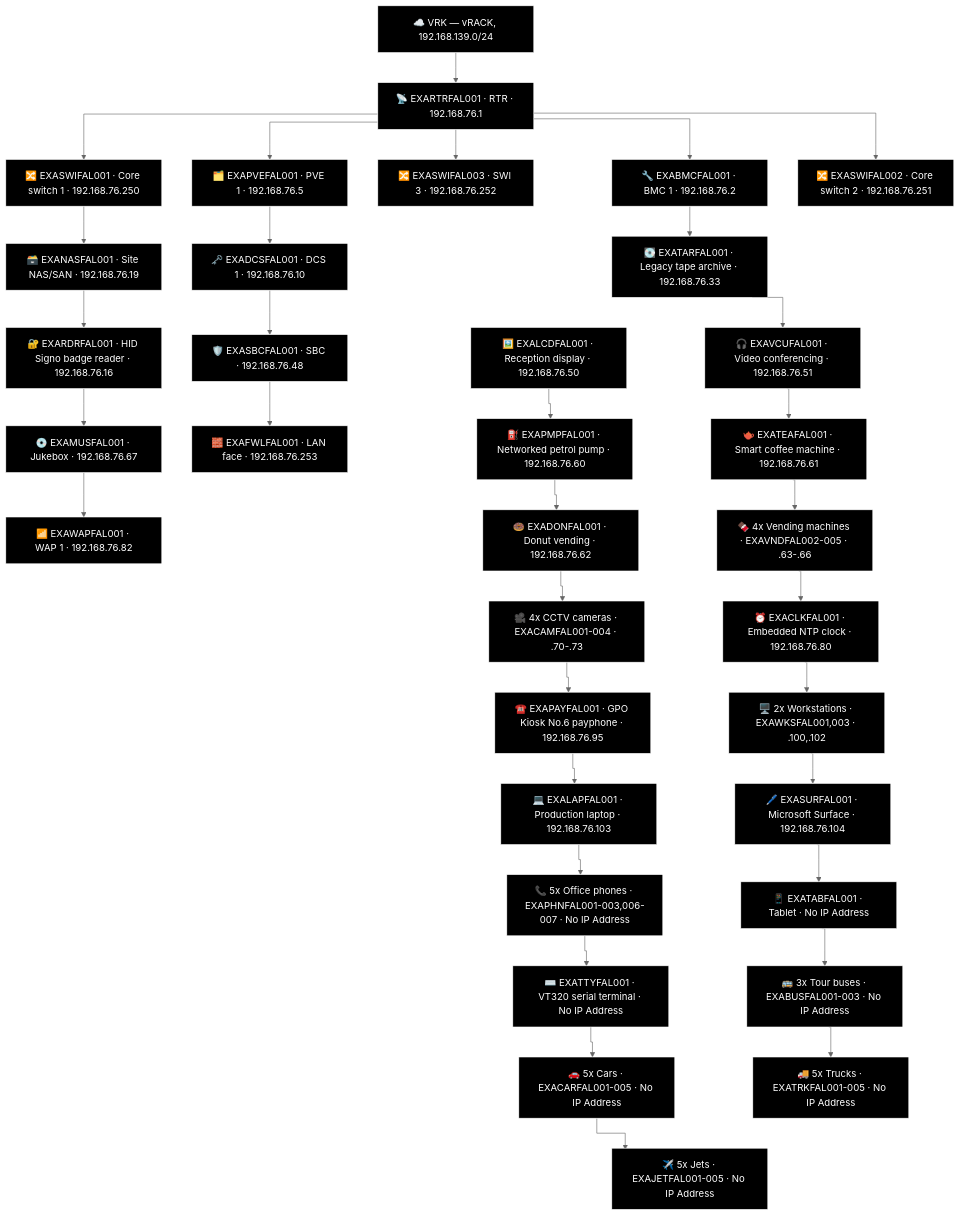
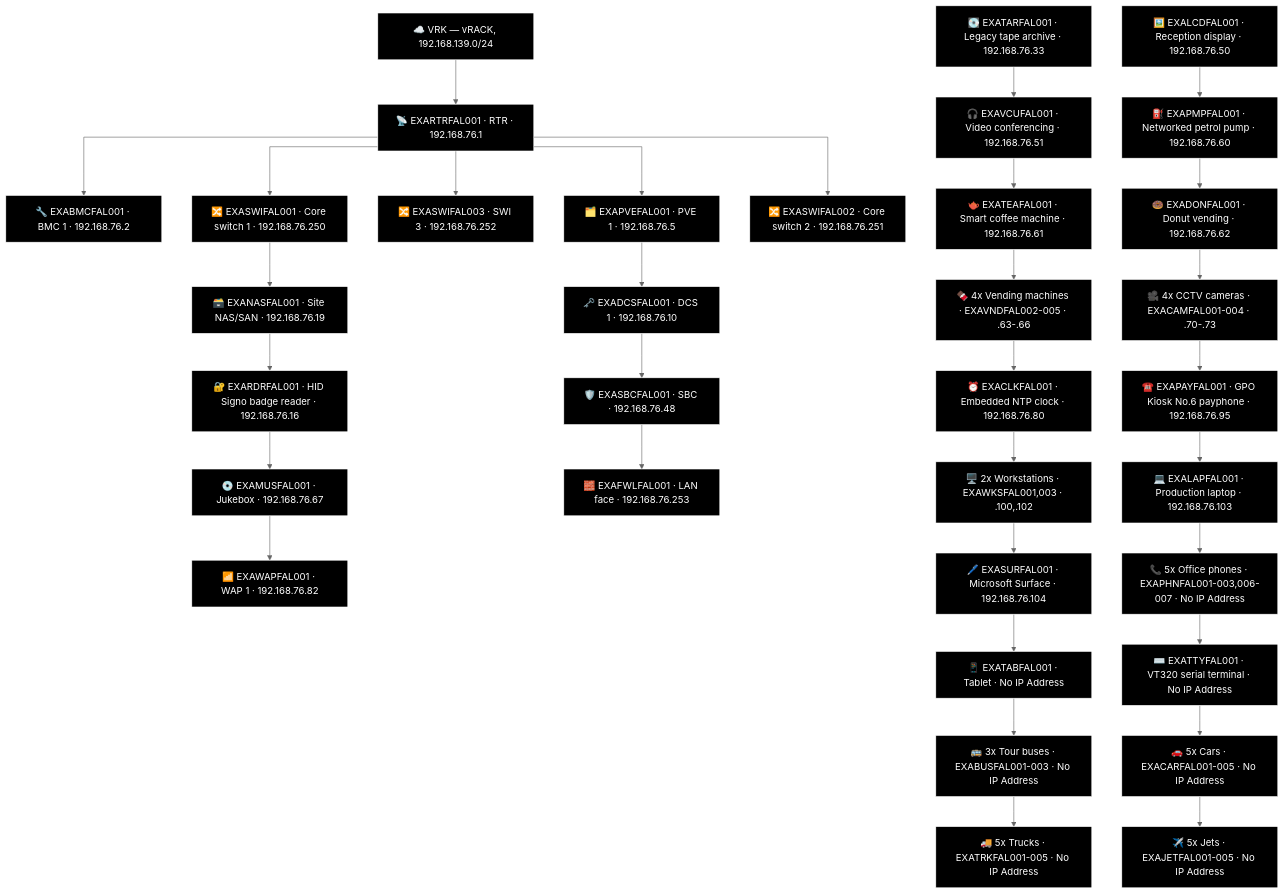
One commit to knightmare2600/example_music_infra changed the second of 14 diagrams in docs/network-diagram/scotland.md. Above: the diagram before and after it, drawn with Mermaid (neutral theme).

Commit message:
docs/network-diagram/scotland.md: fix FAL "other devices" cascade layout
Robert: the invisible ~~~ rank-hint edges pairing each row across the two
columns were forcing a diagonal waterfall/cascade instead of a clean
two-column layout -- removed, keeping just the two independent per-column
chains. Also removed T_BMC --> T_OTH1: these devices aren't really
managed by/under BMC, they should just float as their own disconnected
group rather than implying a real parent relationship.

```diff
--- a/docs/network-diagram/scotland.md
+++ b/docs/network-diagram/scotland.md
@@ -150,19 +150,8 @@
     T_OTH18["🚗 5x Cars · EXACARFAL001-005 · No IP Address"]
     T_OTH19["🚚 5x Trucks · EXATRKFAL001-005 · No IP Address"]
     T_OTH20["✈️ 5x Jets · EXAJETFAL001-005 · No IP Address"]
-    T_BMC --> T_OTH1
     T_OTH1 --> T_OTH3 --> T_OTH5 --> T_OTH7 --> T_OTH9 --> T_OTH11 --> T_OTH13 --> T_OTH15 --> T_OTH17 --> T_OTH19
     T_OTH2 --> T_OTH4 --> T_OTH6 --> T_OTH8 --> T_OTH10 --> T_OTH12 --> T_OTH14 --> T_OTH16 --> T_OTH18 --> T_OTH20
-    T_OTH1 ~~~ T_OTH2
-    T_OTH3 ~~~ T_OTH4
-    T_OTH5 ~~~ T_OTH6
-    T_OTH7 ~~~ T_OTH8
-    T_OTH9 ~~~ T_OTH10
-    T_OTH11 ~~~ T_OTH12
-    T_OTH13 ~~~ T_OTH14
-    T_OTH15 ~~~ T_OTH16
-    T_OTH17 ~~~ T_OTH18
-    T_OTH19 ~~~ T_OTH20
     style T_VRK fill:#000000,stroke:#FFFFFF,color:#FFFFFF
     style T_RTR fill:#000000,stroke:#FFFFFF,color:#FFFFFF
     style T_BMC fill:#000000,stroke:#FFFFFF,color:#FFFFFF
```
